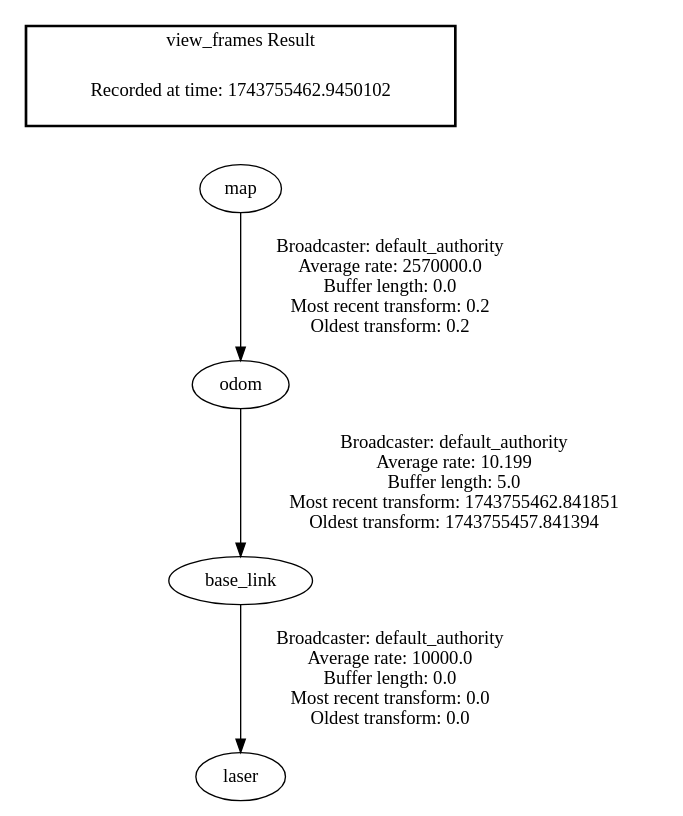
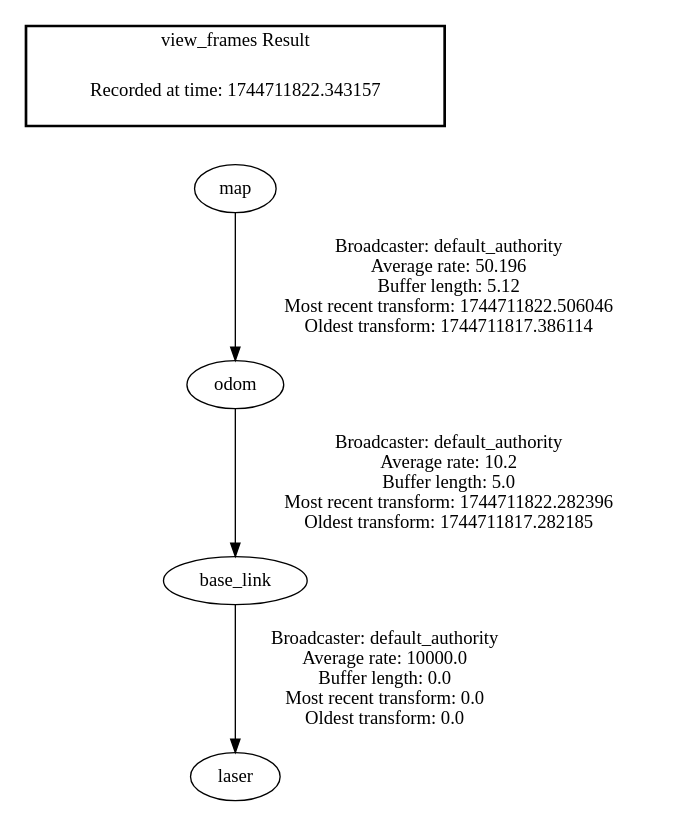
One commit to maanu-v/LLM_Controlled_Bot changed the diagram in frames.gv. Above: the diagram before and after it, drawn with Graphviz. The commit also changed 26 other files, not shown here.

```diff
--- a/frames.gv
+++ b/frames.gv
@@ -1,9 +1,9 @@
 digraph G {
-"map" -> "odom"[label=" Broadcaster: default_authority\nAverage rate: 2570000.0\nBuffer length: 0.0\nMost recent transform: 0.2\nOldest transform: 0.2\n"];
+"map" -> "odom"[label=" Broadcaster: default_authority\nAverage rate: 50.196\nBuffer length: 5.12\nMost recent transform: 1744711822.506046\nOldest transform: 1744711817.386114\n"];
 "base_link" -> "laser"[label=" Broadcaster: default_authority\nAverage rate: 10000.0\nBuffer length: 0.0\nMost recent transform: 0.0\nOldest transform: 0.0\n"];
-"odom" -> "base_link"[label=" Broadcaster: default_authority\nAverage rate: 10.199\nBuffer length: 5.0\nMost recent transform: 1743755462.841851\nOldest transform: 1743755457.841394\n"];
+"odom" -> "base_link"[label=" Broadcaster: default_authority\nAverage rate: 10.2\nBuffer length: 5.0\nMost recent transform: 1744711822.282396\nOldest transform: 1744711817.282185\n"];
 edge [style=invis];
  subgraph cluster_legend { style=bold; color=black; label ="view_frames Result";
-"Recorded at time: 1743755462.9450102"[ shape=plaintext ] ;
+"Recorded at time: 1744711822.343157"[ shape=plaintext ] ;
 }->"map";
 }
```
